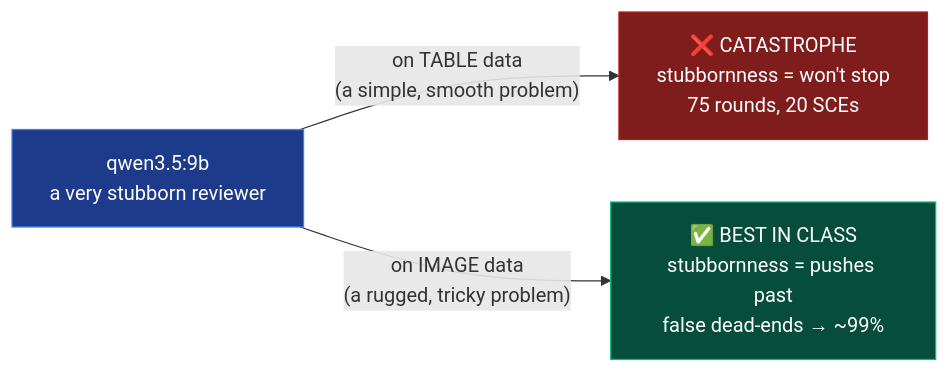
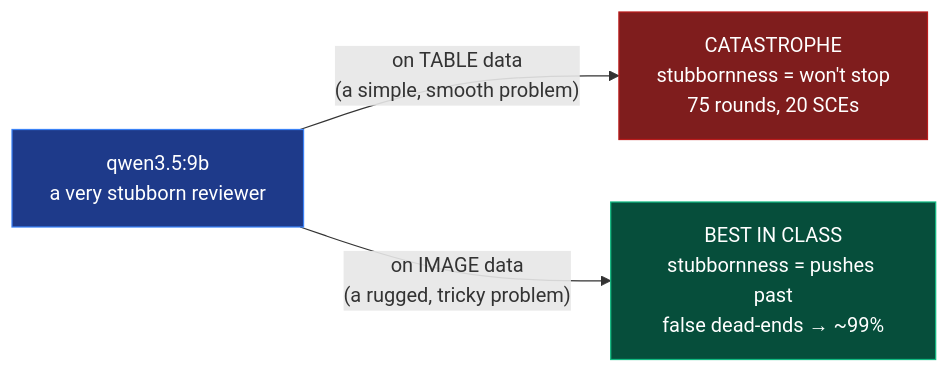
Before and after one commit to m4vic/Autopilot-zero-to-hero: the second of 2 diagrams in book/04-fixing-it-with-teams.md, drawn with Mermaid. The commit also changed other lines of this file and 15 other files, not shown here.

````diff
--- a/book/04-fixing-it-with-teams.md
+++ b/book/04-fixing-it-with-teams.md
@@ -84,10 +84,10 @@
 ```mermaid
-flowchart LR
+    flowchart LR
     Q["qwen3.5:9b<br/>a very stubborn reviewer"]
-    Q -->|"on TABLE data<br/>(a simple, smooth problem)"| BAD["❌ CATASTROPHE<br/>stubbornness = won't stop<br/>75 rounds, 20 SCEs"]
-    Q -->|"on IMAGE data<br/>(a rugged, tricky problem)"| GOOD["✅ BEST IN CLASS<br/>stubbornness = pushes past<br/>false dead-ends → ~99%"]
+    Q -->|"on TABLE data<br/>(a simple, smooth problem)"| BAD["CATASTROPHE<br/>stubbornness = won't stop<br/>75 rounds, 20 SCEs"]
+    Q -->|"on IMAGE data<br/>(a rugged, tricky problem)"| GOOD["BEST IN CLASS<br/>stubbornness = pushes past<br/>false dead-ends → ~99%"]
 
     style Q fill:#1e3a8a,stroke:#3b82f6,color:#fff
     style BAD fill:#7f1d1d,stroke:#b91c1c,color:#fff
     style GOOD fill:#064e3b,stroke:#10b981,color:#fff
 ```
````
